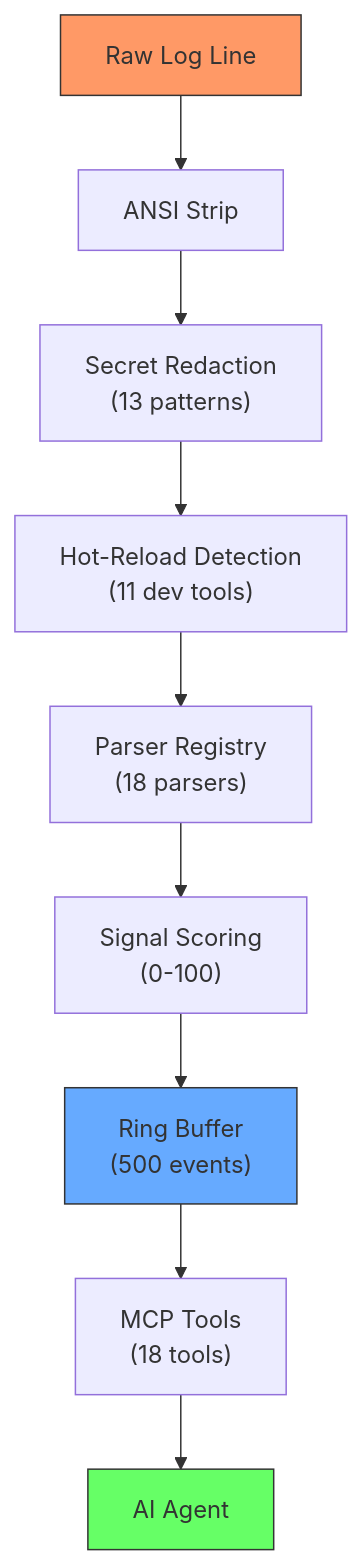
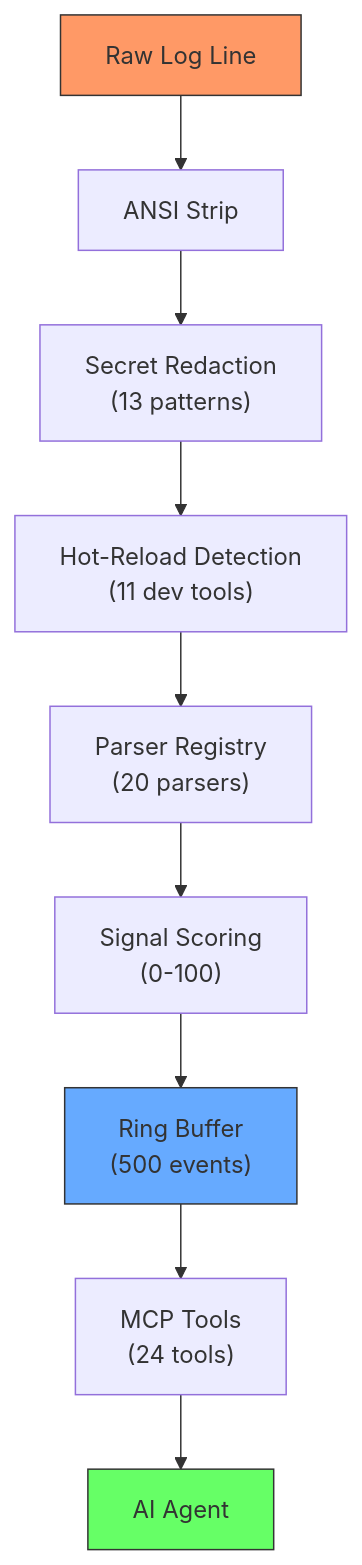
The second of 4 diagrams in gitbook/README.md (sourjya/tracepulse), drawn with Mermaid before and after one commit. The commit also changed other lines of this file and 16 other files, not shown here.

First line of the commit message:
docs: update all gitbook pages to 24 tools, 20 parsers

````diff
--- a/gitbook/README.md
+++ b/gitbook/README.md
@@ -37,21 +37,21 @@
 ```mermaid
 graph TD
     A["Raw Log Line"] --> B["ANSI Strip"]
     B --> C["Secret Redaction
     (13 patterns)"]
     C --> D["Hot-Reload Detection
     (11 dev tools)"]
     D --> E["Parser Registry
-    (18 parsers)"]
+    (20 parsers)"]
     E --> F["Signal Scoring
     (0-100)"]
     F --> G["Ring Buffer
     (500 events)"]
     G --> H["MCP Tools
-    (18 tools)"]
+    (24 tools)"]
     H --> I["AI Agent"]
 
     style A fill:#f96,stroke:#333
     style G fill:#6af,stroke:#333
     style I fill:#6f6,stroke:#333
 ```
````
